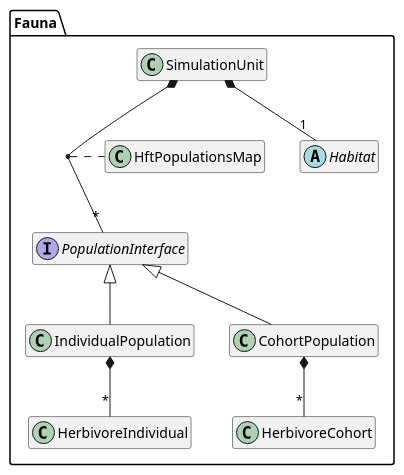
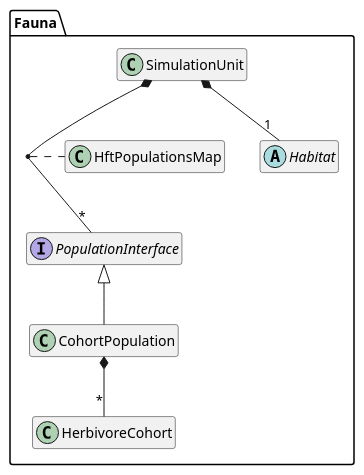
Diagram 13 of 13 in docs/diagrams.iuml (wtraylor/modular_megafauna_model), drawn with PlantUML before and after one commit. The commit also changed other lines of this file and 27 other files, not shown here.

```diff
--- a/docs/diagrams.iuml
+++ b/docs/diagrams.iuml
@@ -325,16 +316,14 @@
 @startuml (id=population_classes)
   hide members
   hide methods
   namespace Fauna{
     interface PopulationInterface
-    PopulationInterface <|-- IndividualPopulation
     PopulationInterface <|-- CohortPopulation
-    IndividualPopulation *-- "*" HerbivoreIndividual
     CohortPopulation     *-- "*" HerbivoreCohort
     class SimulationUnit
     SimulationUnit *-- "*" PopulationInterface
     (SimulationUnit, PopulationInterface) .. HftPopulationsMap
     abstract Habitat
     SimulationUnit *-- "1" Habitat
   }
 @enduml
```
